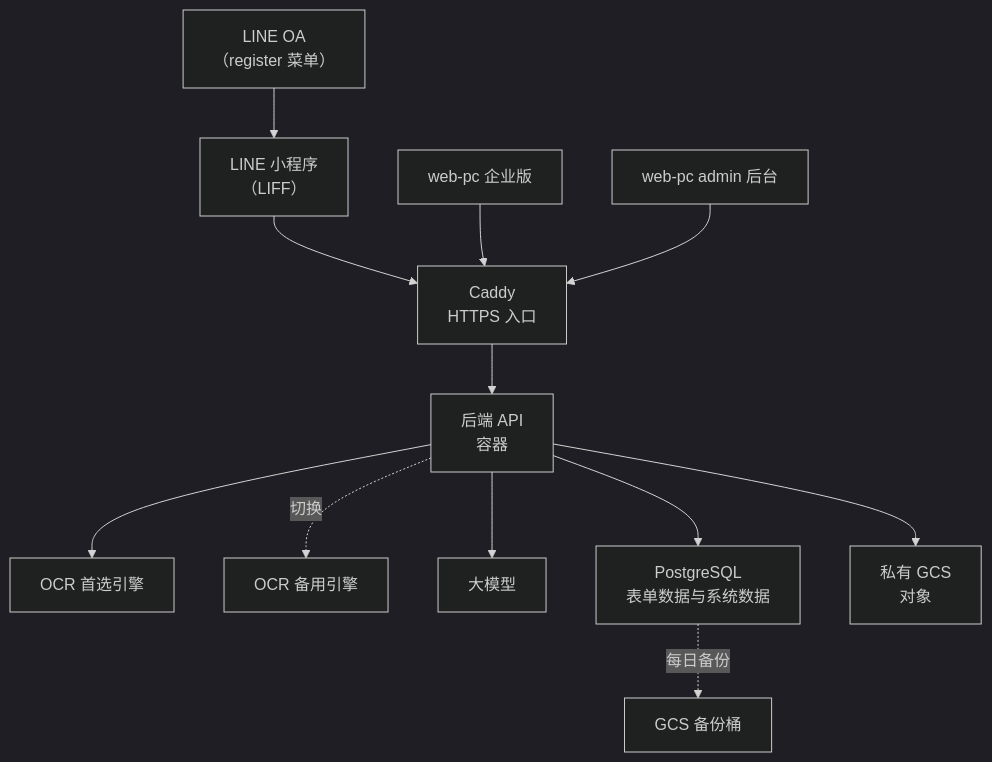
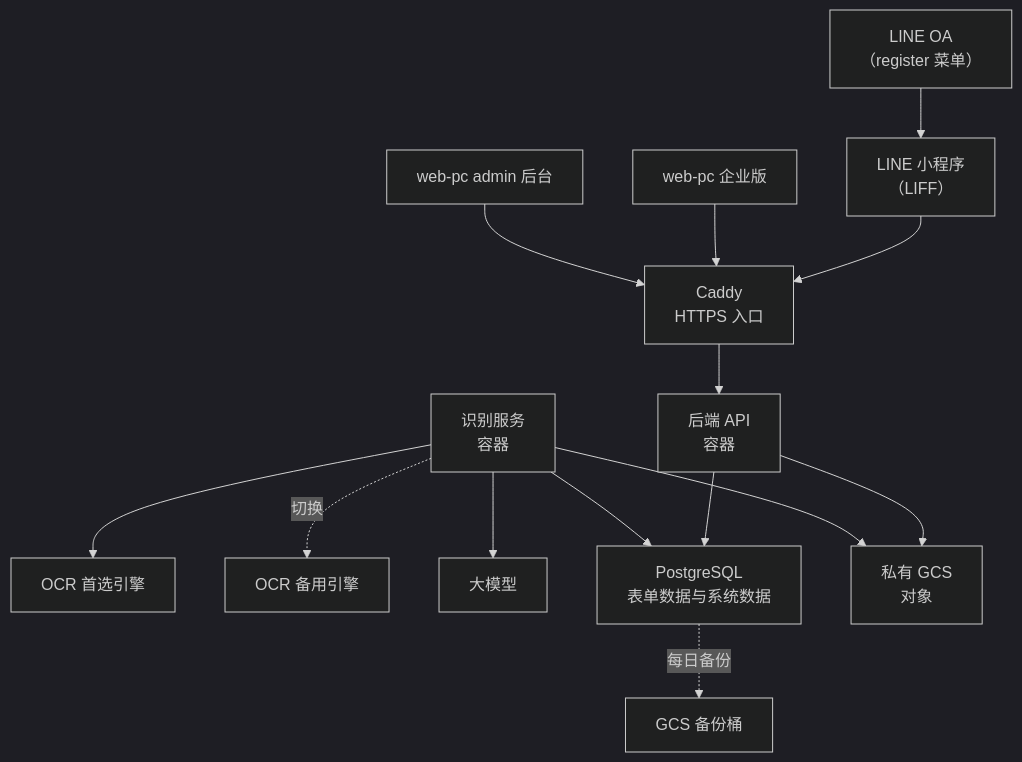
The diagram in docs/30-design/Architecture.md (aibaba-go/saiflow-monorepo), drawn with Mermaid (dark theme) before and after one commit. The commit also changed other lines of this file and 11 other files, not shown here.

Commit message:
[ocr-scan-flow] deployment notes and doc sync

````diff
--- a/docs/30-design/Architecture.md
+++ b/docs/30-design/Architecture.md
@@ -49,30 +49,33 @@
 ```mermaid
 graph TB
     Mini["LINE 小程序<br/>（LIFF）"]
     Ent["web-pc 企业版"]
     Admin["web-pc admin 后台"]
     OA["LINE OA<br/>（register 菜单）"]
 
     Caddy["Caddy<br/>HTTPS 入口"]
     API["后端 API<br/>容器"]
+    WORKER["识别服务<br/>容器"]
 
     OCR1["OCR 首选引擎"]
     OCR2["OCR 备用引擎"]
     LLM["大模型"]
 
     PG["PostgreSQL<br/>表单数据与系统数据"]
     GCS["私有 GCS<br/>对象"]
     BAK["GCS 备份桶"]
 
     OA --> Mini
     Mini --> Caddy
     Ent --> Caddy
     Admin --> Caddy
     Caddy --> API
-    API --> OCR1
-    API -. 切换 .-> OCR2
-    API --> LLM
+    WORKER --> OCR1
+    WORKER -. 切换 .-> OCR2
+    WORKER --> LLM
     API --> PG
     API --> GCS
+    WORKER --> PG
+    WORKER --> GCS
     PG -. 每日备份 .-> BAK
 ```
````
